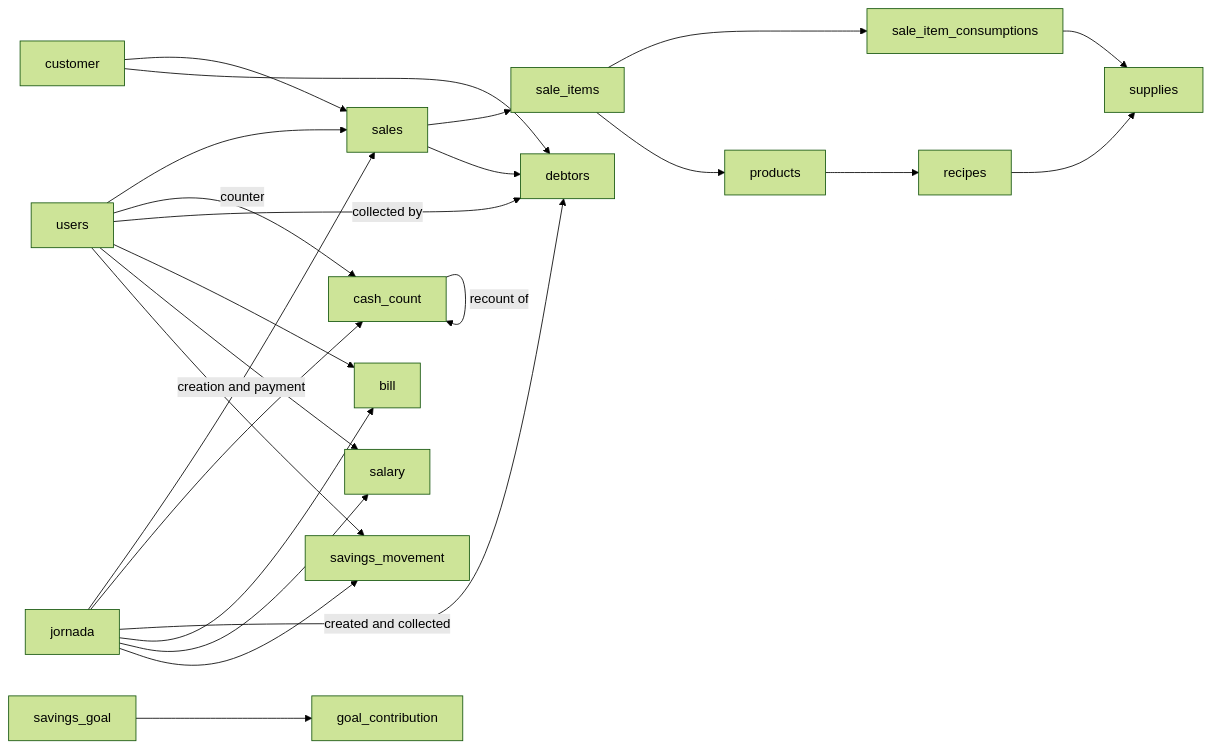
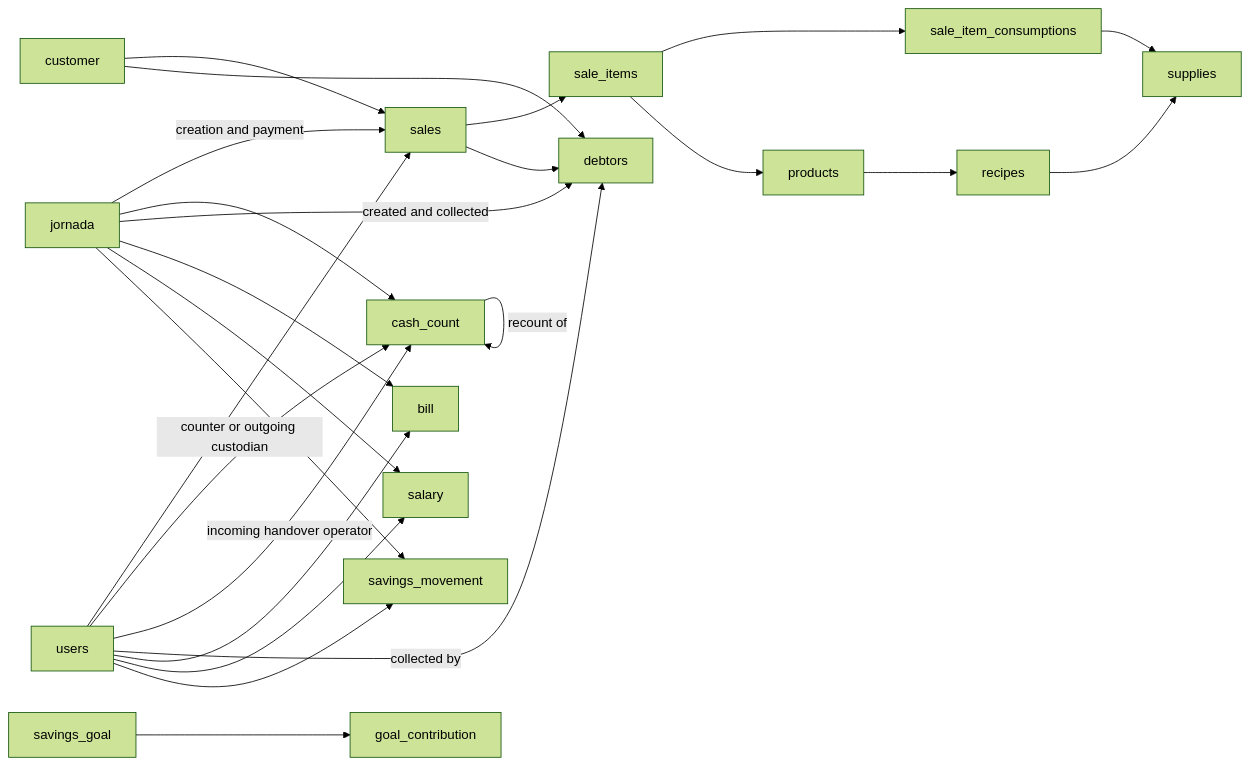
Before and after one commit to lm-vicente-j/comal-core: the second of 2 diagrams in ARCHITECTURE.md, drawn with Mermaid (forest theme). The commit also changed other lines of this file and 15 other files, not shown here.

````diff
--- a/ARCHITECTURE.md
+++ b/ARCHITECTURE.md
@@ -76,26 +77,27 @@
 ```mermaid
 flowchart LR
     U[users] --> S[sales]
     J[jornada] -->|creation and payment| S[sales]
     J --> CC[cash_count]
-    U -->|counter| CC
+    U -->|counter or outgoing custodian| CC
+    U -->|incoming handover operator| CC
     CC -->|recount of| CC
     S --> I[sale_items]
     I --> IC[sale_item_consumptions]
     IC --> V[supplies]
     I --> P[products]
     P --> R[recipes]
     R --> V[supplies]
     C[customer] --> S
     S --> D[debtors]
     C --> D
     J -->|created and collected| D
     U -->|collected by| D
     U --> B[bill]
     J --> B
     U --> Y[salary]
     J --> Y
     U --> M[savings_movement]
     J --> M
     G[savings_goal] --> GC[goal_contribution]
 ```
````
